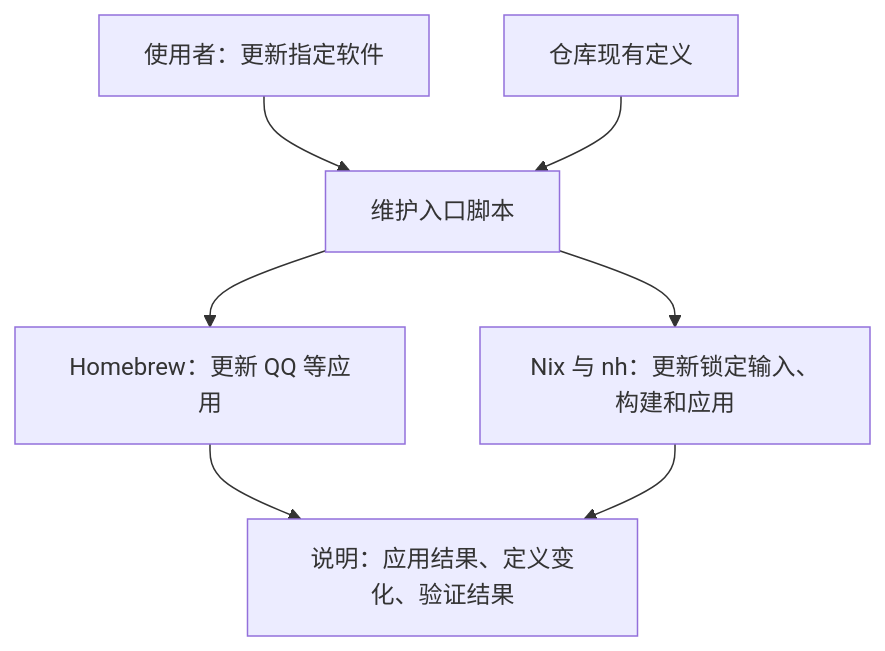
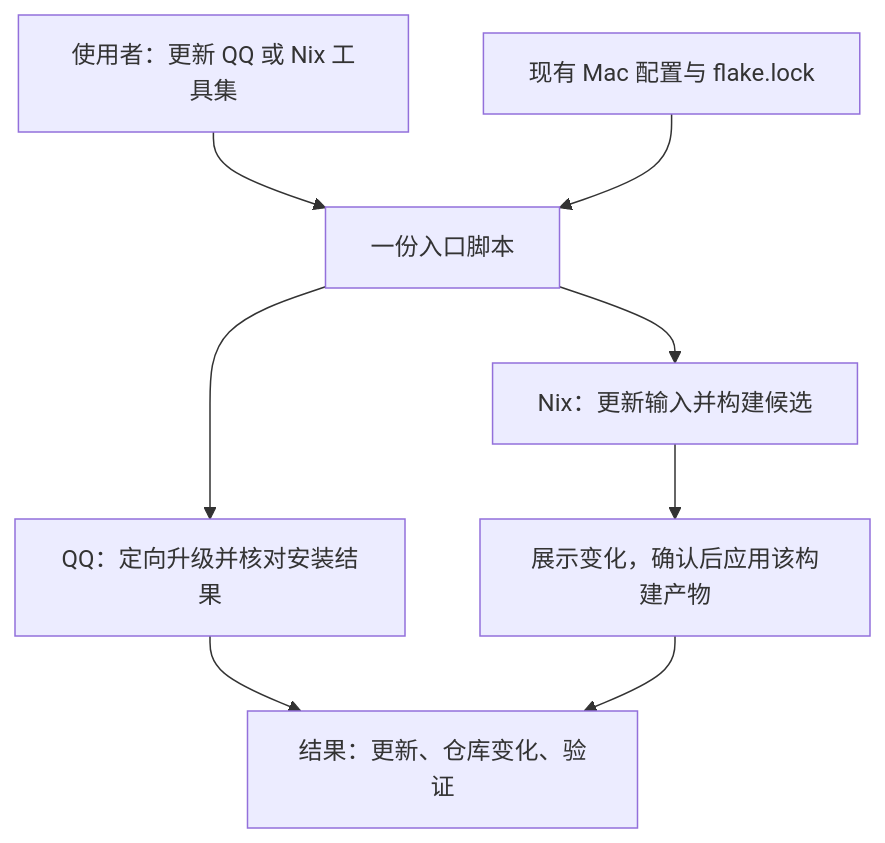
One commit to sayoriqwq/nix-config changed the diagram in docs/architecture/workstation-management.md. Above: the diagram before and after it, drawn with Mermaid. The commit also changed other lines of this file, not shown here.

````diff
--- a/docs/architecture/workstation-management.md
+++ b/docs/architecture/workstation-management.md
@@ -13,9 +31,10 @@
 ```mermaid
 flowchart TD
-    request[使用者：更新指定软件] --> entry[维护入口脚本]
-    definitions[仓库现有定义] --> entry
-    entry --> brew[Homebrew：更新 QQ 等应用]
-    entry --> nix[Nix 与 nh：更新锁定输入、构建和应用]
-    brew --> result[说明：应用结果、定义变化、验证结果]
-    nix --> result
+    request[使用者：更新 QQ 或 Nix 工具集] --> entry[一份入口脚本]
+    definitions[现有 Mac 配置与 flake.lock] --> entry
+    entry --> brew[QQ：定向升级并核对安装结果]
+    entry --> nix[Nix：更新输入并构建候选]
+    nix --> review[展示变化，确认后应用该构建产物]
+    brew --> result[结果：更新、仓库变化、验证]
+    review --> result
 ```
````
